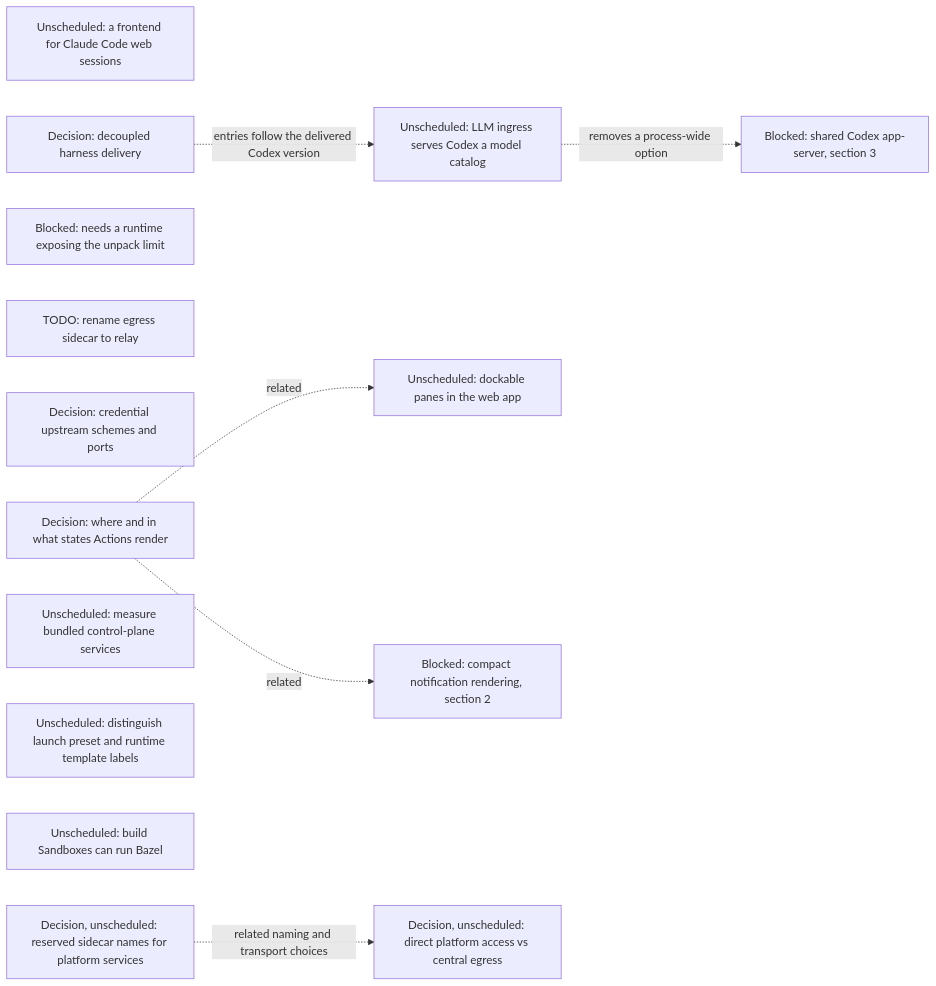
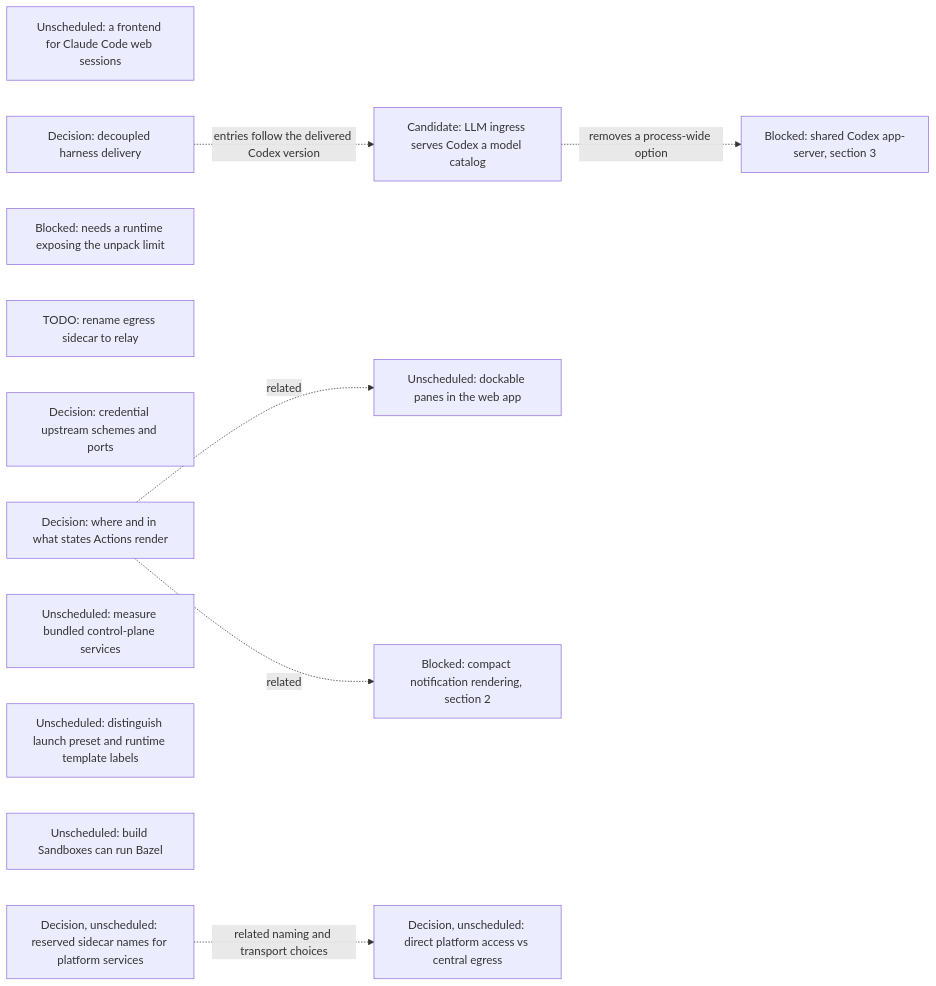
Before and after one commit to agentydragon-agent/ducktape: the seventh of 17 diagrams in agentplane/plans/task_dag.md, drawn with Mermaid. The commit also changed other lines of this file and 10 other files, not shown here.

First line of the commit message:
agentplane: LLM ingress serves a Codex model catalog and signals edits (#11206)

````diff
--- a/agentplane/plans/task_dag.md
+++ b/agentplane/plans/task_dag.md
@@ -847,23 +847,23 @@
 ```mermaid
 flowchart LR
     CLAUDE_CODE_WEB_BRIDGE[Unscheduled: a frontend for Claude Code web sessions]
     ACTION_SURFACES_DESIGN[Decision: where and in what states Actions render]
     K3S_IMPORT_CONCURRENCY[Blocked: needs a runtime exposing the unpack limit]
     EGRESS_RELAY_RENAME[TODO: rename egress sidecar to relay]
     EGRESS_CREDENTIAL_TRANSPORT_DESIGN[Decision: credential upstream schemes and ports]
     RUNNER_HARNESS_DELIVERY_DESIGN[Decision: decoupled harness delivery]
-    CODEX_MODEL_CATALOG[Unscheduled: LLM ingress serves Codex a model catalog]
+    CODEX_MODEL_CATALOG[Candidate: LLM ingress serves Codex a model catalog]
     RUNNER_CODEX_SHARED_PROCESS[Blocked: shared Codex app-server, section 3]
     CODEX_MODEL_CATALOG -. removes a process-wide option .-> RUNNER_CODEX_SHARED_PROCESS
     RUNNER_HARNESS_DELIVERY_DESIGN -. entries follow the delivered Codex version .-> CODEX_MODEL_CATALOG
     K3S_BUNDLED_SERVICES_SPIKE[Unscheduled: measure bundled control-plane services]
     DOCKABLE_PANES[Unscheduled: dockable panes in the web app]
     ACTION_SURFACES_DESIGN -. related .-> DOCKABLE_PANES
     NOTIFICATION_PRESENTATION[Blocked: compact notification rendering, section 2]
     ACTION_SURFACES_DESIGN -. related .-> NOTIFICATION_PRESENTATION
     SANDBOX_FORM_TERMINOLOGY[Unscheduled: distinguish launch preset and runtime template labels]
     BUILD_BOX_BAZEL[Unscheduled: build Sandboxes can run Bazel]
     PLATFORM_SERVICE_NAMES_DESIGN[Decision, unscheduled: reserved sidecar names for platform services]
     PLATFORM_SERVICE_ROUTING_DESIGN[Decision, unscheduled: direct platform access vs central egress]
     PLATFORM_SERVICE_NAMES_DESIGN -. related naming and transport choices .-> PLATFORM_SERVICE_ROUTING_DESIGN
 ```
````
